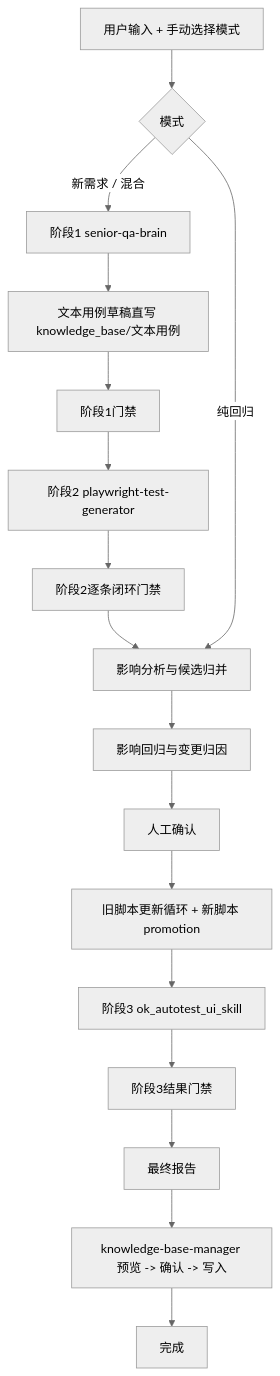
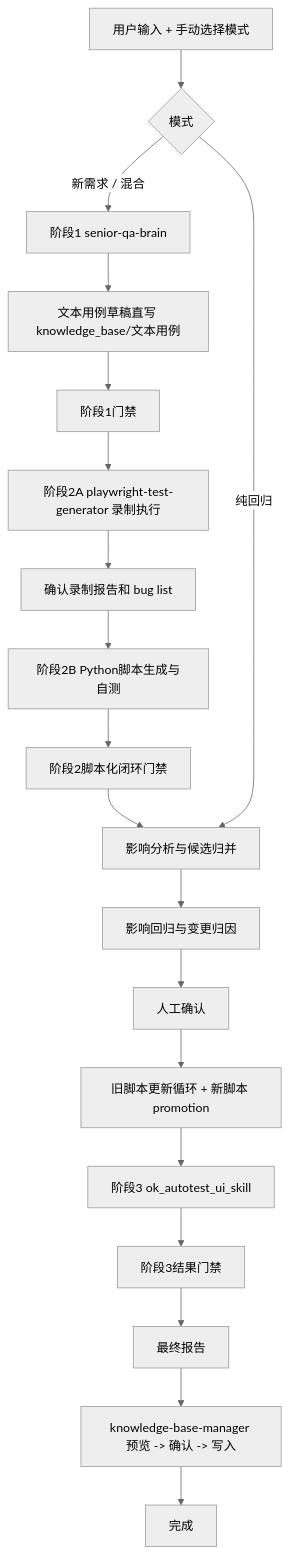
One commit to jiadan-user/jiacangku changed the diagram in AGENTS.md. Above: the diagram before and after it, drawn with Mermaid (neutral theme). The commit also changed other lines of this file and 8 other files, not shown here.

````diff
--- a/AGENTS.md
+++ b/AGENTS.md
@@ -36,22 +36,24 @@
 ```mermaid
 flowchart TD
     Input["用户输入 + 手动选择模式"] --> Split{"模式"}
 
     Split -->|"新需求 / 混合"| SQB["阶段1 senior-qa-brain"]
     SQB --> Draft["文本用例草稿直写 knowledge_base/文本用例"]
     Draft --> Gate1["阶段1门禁"]
-    Gate1 --> PTG["阶段2 playwright-test-generator"]
-    PTG --> Gate2["阶段2逐条闭环门禁"]
+    Gate1 --> PTG2A["阶段2A playwright-test-generator 录制执行"]
+    PTG2A --> RecordConfirm["确认录制报告和 bug list"]
+    RecordConfirm --> PTG2B["阶段2B Python脚本生成与自测"]
+    PTG2B --> Gate2["阶段2脚本化闭环门禁"]
     Gate2 --> Impact["影响分析与候选归并"]
 
     Split -->|"纯回归"| Impact
 
     Impact --> Verify["影响回归与变更归因"]
     Verify --> Confirm["人工确认"]
     Confirm --> Legacy["旧脚本更新循环 + 新脚本 promotion"]
     Legacy --> OKU["阶段3 ok_autotest_ui_skill"]
     OKU --> Gate3["阶段3结果门禁"]
     Gate3 --> Final["最终报告"]
     Final --> KB["knowledge-base-manager 预览 -> 确认 -> 写入"]
     KB --> Done["完成"]
 ```
````
